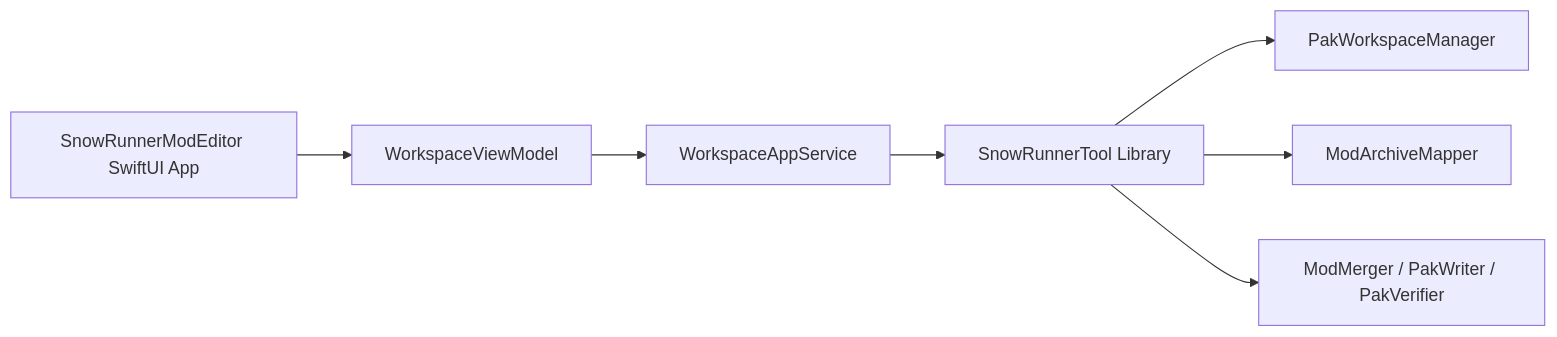
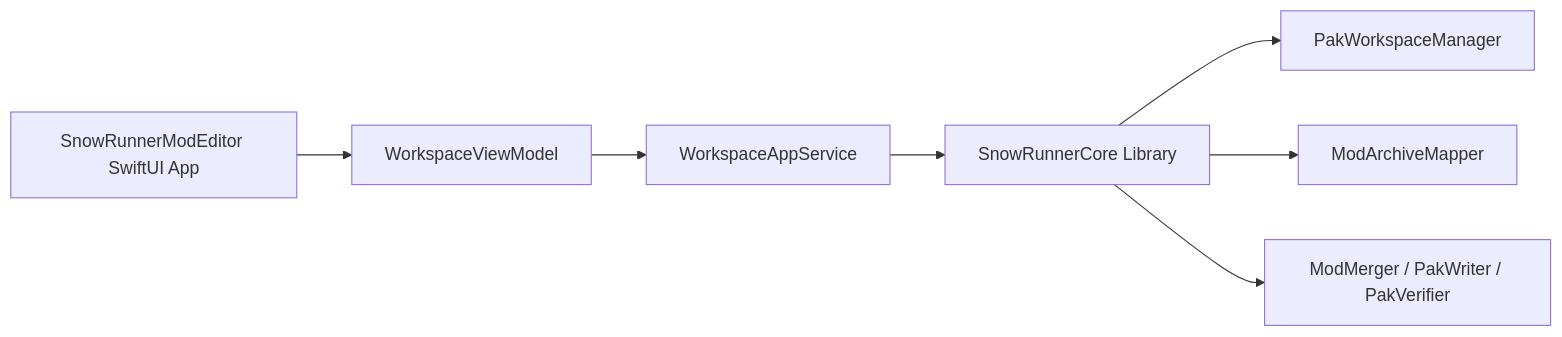
Before and after one commit to Tranz-Zhang/SnowRunnerTools-mac: the diagram in docs/superpowers/specs/2026-06-22-snowrunner-mod-editor-workspace-gui-design.md, drawn with Mermaid. The commit also changed other lines of this file and 143 other files, not shown here.

Commit message:
refactor: clarify SnowRunner target names

````diff
--- a/docs/superpowers/specs/2026-06-22-snowrunner-mod-editor-workspace-gui-design.md
+++ b/docs/superpowers/specs/2026-06-22-snowrunner-mod-editor-workspace-gui-design.md
@@ -227,9 +227,9 @@
 ```mermaid
 flowchart LR
   App["SnowRunnerModEditor SwiftUI App"] --> VM["WorkspaceViewModel"]
   VM --> Service["WorkspaceAppService"]
-  Service --> Core["SnowRunnerTool Library"]
+  Service --> Core["SnowRunnerCore Library"]
   Core --> Workspace["PakWorkspaceManager"]
   Core --> Mapping["ModArchiveMapper"]
   Core --> Build["ModMerger / PakWriter / PakVerifier"]
 ```
````
